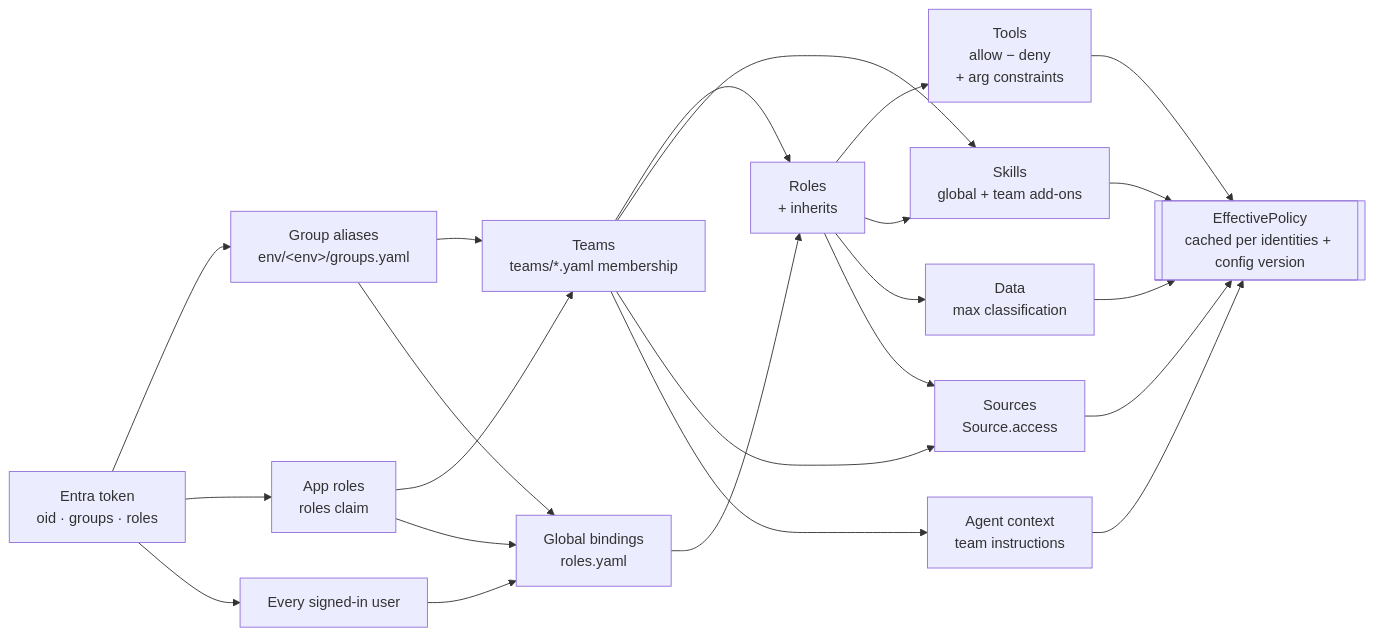
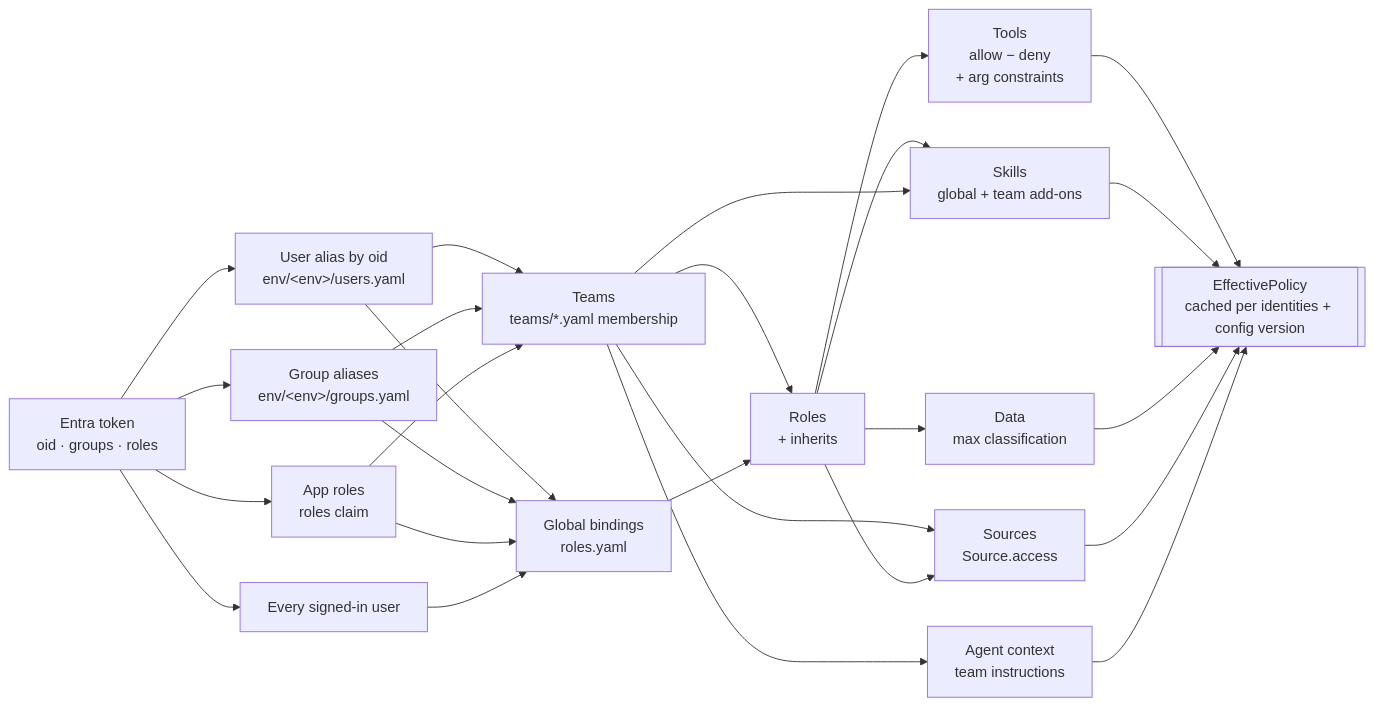
One commit to shaheenks/agentic-sdlc-core changed the third of 6 diagrams in docs/ARCHITECTURE.md. Above: the diagram before and after it, drawn with Mermaid. The commit also changed other lines of this file and 33 other files, not shown here.

First line of the commit message:
N10: direct team/role members by Entra email (users.yaml)

````diff
--- a/docs/ARCHITECTURE.md
+++ b/docs/ARCHITECTURE.md
@@ -171,21 +171,24 @@
 ```mermaid
 flowchart LR
     T[Entra token<br/>oid · groups · roles] --> GA[Group aliases<br/>env/&lt;env&gt;/groups.yaml]
     T --> AR[App roles<br/>roles claim]
     T --> EV[Every signed-in user]
+    T --> UA[User alias by oid<br/>env/&lt;env&gt;/users.yaml]
+    UA --> TM
+    UA --> GB
     GA --> TM[Teams<br/>teams/*.yaml membership]
     AR --> TM
     GA --> GB[Global bindings<br/>roles.yaml]
     AR --> GB
     EV --> GB
     TM --> R[Roles<br/>+ inherits]
     GB --> R
     R --> TL[Tools<br/>allow − deny<br/>+ arg constraints]
     R --> SKL[Skills<br/>global + team add-ons]
     TM --> SKL
     R --> DT[Data<br/>max classification]
     TM --> SRCS[Sources<br/>Source.access]
     R --> SRCS
     TM --> CTX[Agent context<br/>team instructions]
     TL & SKL & DT & SRCS & CTX --> EP[[EffectivePolicy<br/>cached per identities + config version]]
 ```
````
